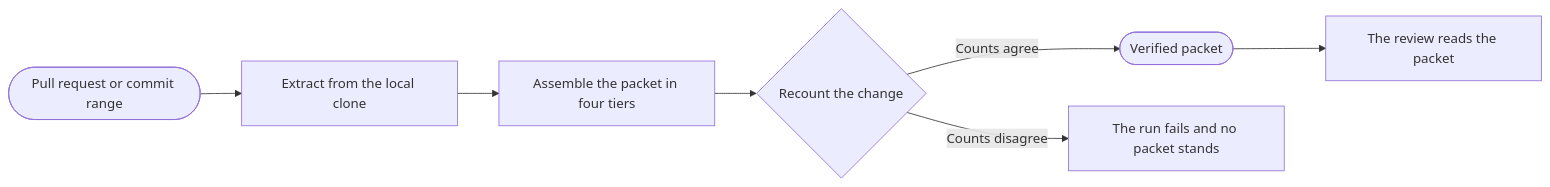
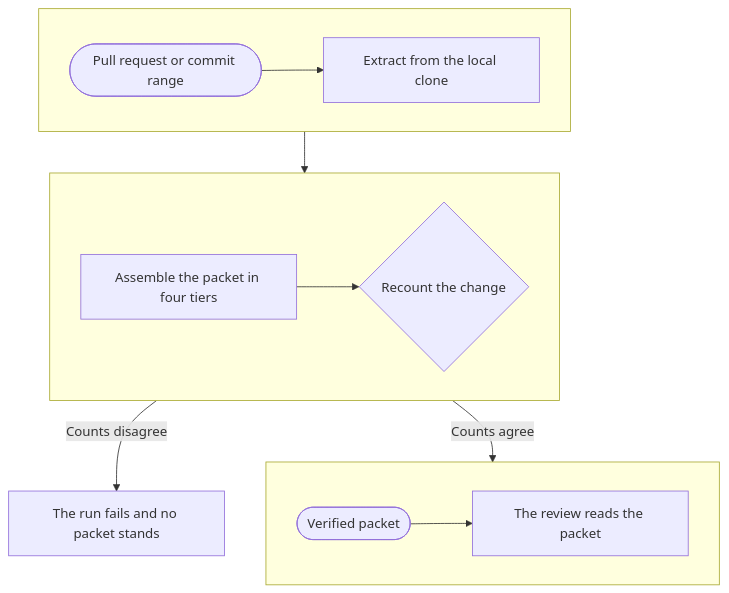
Before and after one commit to david-engelmann/recognitio: the diagram in README.md, drawn with Mermaid. The commit also changed other lines of this file and 2 other files, not shown here.

````diff
--- a/README.md
+++ b/README.md
@@ -104,6 +104,18 @@
 ```mermaid
-flowchart LR
-    A([Pull request or commit range]) --> B[Extract from the local clone] --> C[Assemble the packet in four tiers] --> D{Recount the change}
-    D -->|Counts agree| E([Verified packet]) --> G[The review reads the packet]
+flowchart TB
+    subgraph one [ ]
+        direction LR
+        A([Pull request or commit range]) --> B[Extract from the local clone]
+    end
+    subgraph two [ ]
+        direction LR
+        C[Assemble the packet in four tiers] --> D{Recount the change}
+    end
+    subgraph three [ ]
+        direction LR
+        E([Verified packet]) --> G[The review reads the packet]
+    end
+    B --> C
+    D -->|Counts agree| E
     D -->|Counts disagree| F[The run fails and no packet stands]
 ```
````
